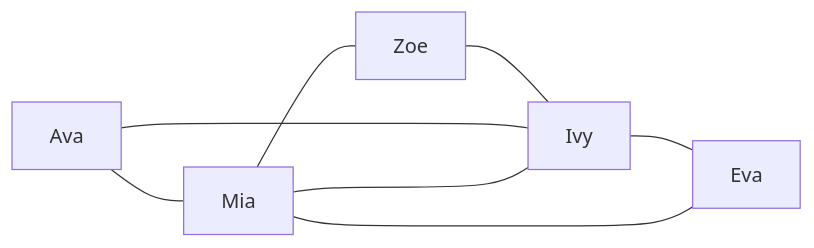
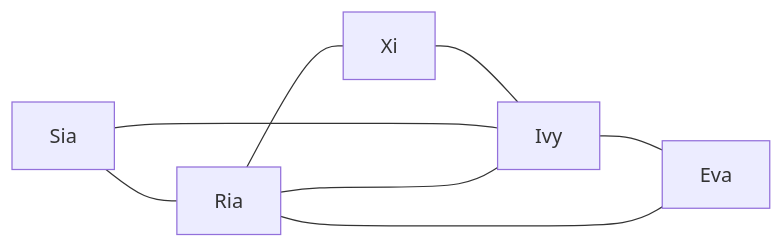
One commit to sorukumar/blog changed the first of 4 diagrams in _posts/Draft-2024-04-12-Centrality-Measures.md. Above: the diagram before and after it, drawn with Mermaid. The commit also changed other lines of this file, not shown here.

Commit message:
_posts/Draft-2024-04-12-Centrality-Measures.md updated from https://stackedit.io/

````diff
--- a/_posts/Draft-2024-04-12-Centrality-Measures.md
+++ b/_posts/Draft-2024-04-12-Centrality-Measures.md
@@ -10,10 +10,11 @@
 ```mermaid
 flowchart LR
-    Ava --- Mia
-    Mia --- Zoe
-    Zoe --- Ivy
+    Sia --- Ria
+    Ria --- Xi
+    Xi --- Ivy
     Ivy --- Eva
-    Ava --- Ivy
-    Mia --- Ivy
-    Mia --- Eva
+    Sia --- Ivy
+    Ria --- Ivy
+    Ria --- Eva
+
    ```
````
